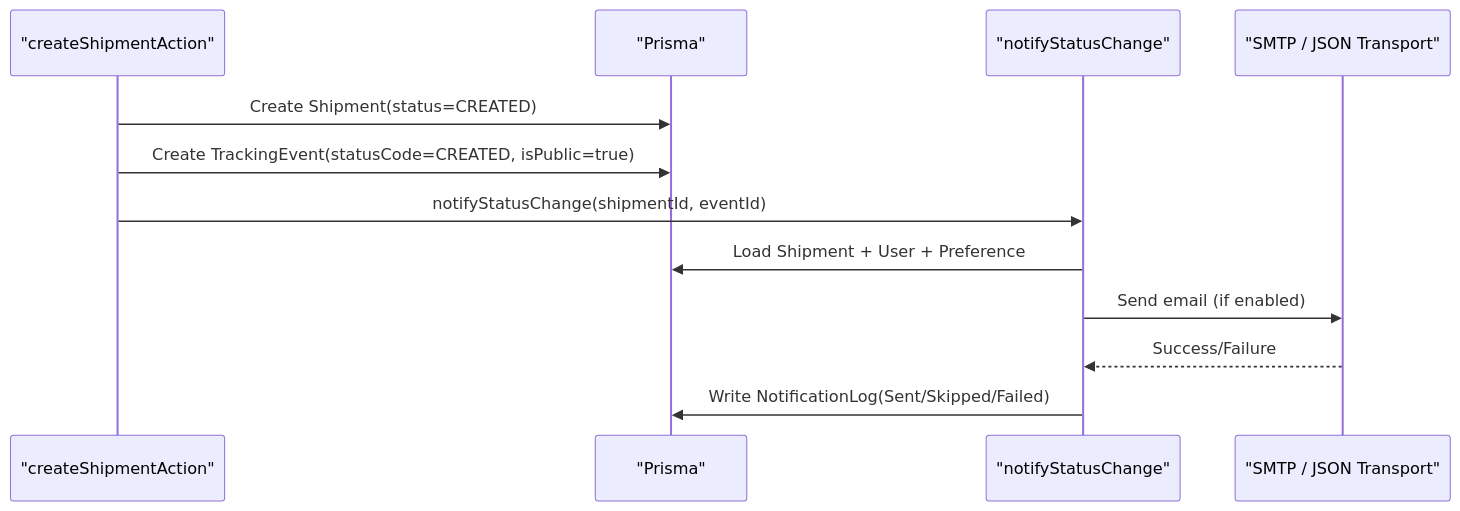
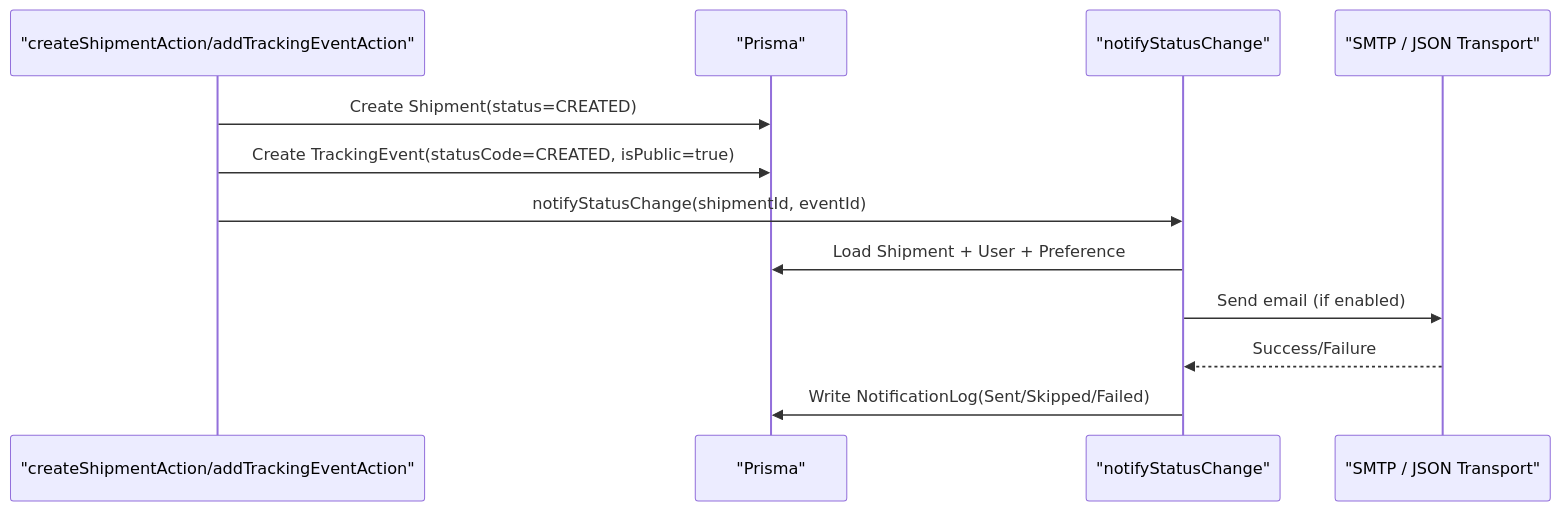
One commit to gyamposudodzi/Timberland changed the sixth of 9 diagrams in .qoder/repowiki/en/content/Shipment Management/Status Management.md. Above: the diagram before and after it, drawn with Mermaid. The commit also changed other lines of this file and 65 other files, not shown here.

````diff
--- a/.qoder/repowiki/en/content/Shipment Management/Status Management.md
+++ b/.qoder/repowiki/en/content/Shipment Management/Status Management.md
@@ -298,14 +350,14 @@
 ```mermaid
 sequenceDiagram
-participant Actions as "createShipmentAction"
+participant Actions as "createShipmentAction/addTrackingEventAction"
 participant DB as "Prisma"
 participant Notify as "notifyStatusChange"
 participant Mail as "SMTP / JSON Transport"
 Actions->>DB : Create Shipment(status=CREATED)
 Actions->>DB : Create TrackingEvent(statusCode=CREATED, isPublic=true)
 Actions->>Notify : notifyStatusChange(shipmentId, eventId)
 Notify->>DB : Load Shipment + User + Preference
 Notify->>Mail : Send email (if enabled)
 Mail-->>Notify : Success/Failure
 Notify->>DB : Write NotificationLog(Sent/Skipped/Failed)
 ```
````
